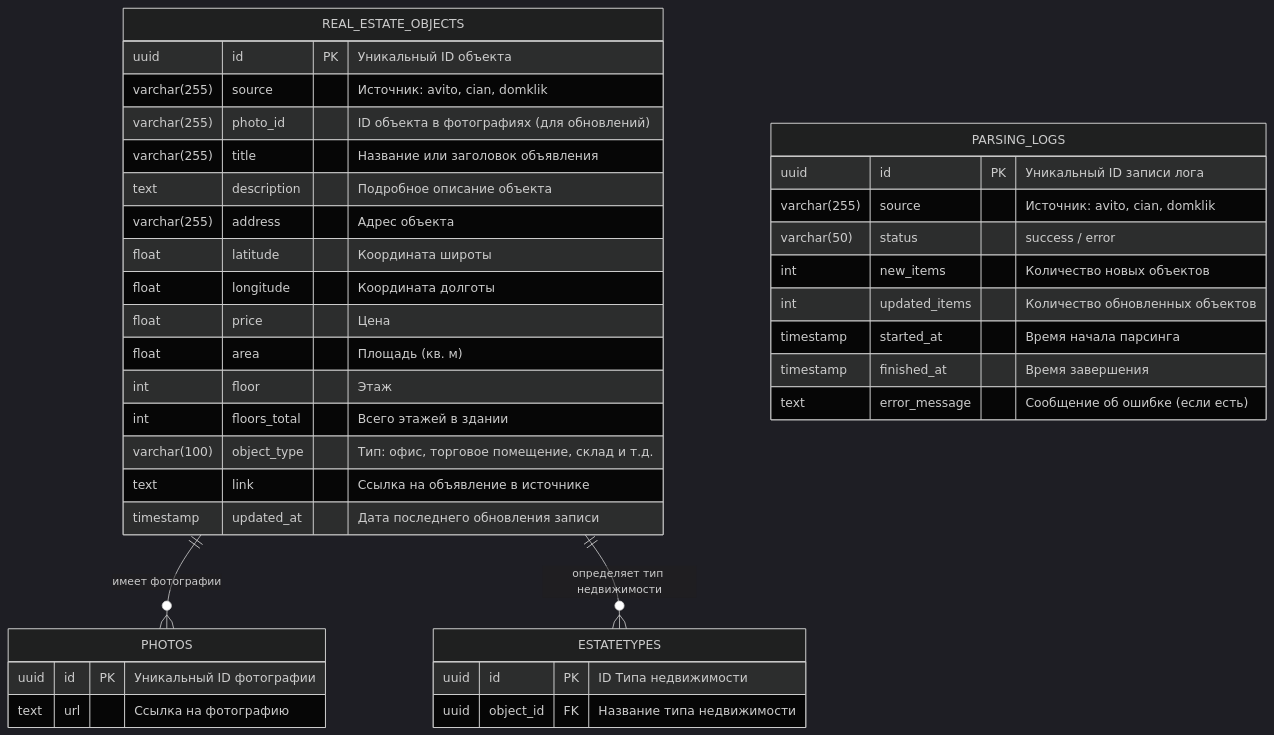
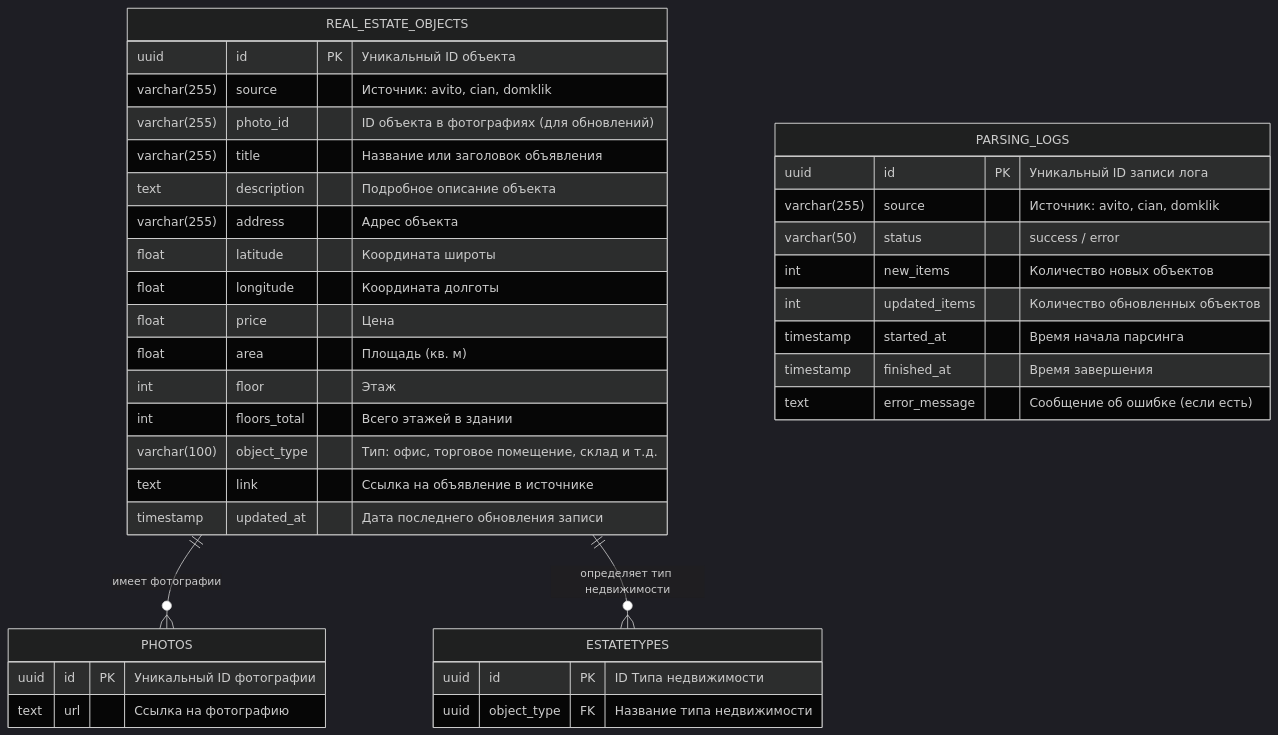
One commit to BruhWhyMeHaveNoIdea/hackathon changed the diagram in docs/database.md. Above: the diagram before and after it, drawn with Mermaid (dark theme).

````diff
--- a/docs/database.md
+++ b/docs/database.md
@@ -1,45 +1,45 @@
 ```mermaid
 erDiagram
 
     REAL_ESTATE_OBJECTS ||--o{ PHOTOS : "имеет фотографии"
     REAL_ESTATE_OBJECTS ||--o{ ESTATETYPES : "определяет тип недвижимости"
 
     REAL_ESTATE_OBJECTS {
         uuid id PK "Уникальный ID объекта"
         varchar(255) source "Источник: avito, cian, domklik"
         varchar(255) photo_id "ID объекта в фотографиях (для обновлений)"
         varchar(255) title "Название или заголовок объявления"
         text description "Подробное описание объекта"
         varchar(255) address "Адрес объекта"
         float latitude "Координата широты"
         float longitude "Координата долготы"
         float price "Цена"
         float area "Площадь (кв. м)"
         int floor "Этаж"
         int floors_total "Всего этажей в здании"
         varchar(100) object_type "Тип: офис, торговое помещение, склад и т.д."
         text link "Ссылка на объявление в источнике"
         timestamp updated_at "Дата последнего обновления записи"
     }
 
     PHOTOS {
         uuid id PK "Уникальный ID фотографии"
         text url "Ссылка на фотографию"
     }
 
     ESTATETYPES {
         uuid id PK "ID Типа недвижимости"
-        uuid object_id FK "Название типа недвижимости"
+        uuid object_type FK "Название типа недвижимости"
     }
 
     PARSING_LOGS {
         uuid id PK "Уникальный ID записи лога"
         varchar(255) source "Источник: avito, cian, domklik"
         varchar(50) status "success / error"
         int new_items "Количество новых объектов"
         int updated_items "Количество обновленных объектов"
         timestamp started_at "Время начала парсинга"
         timestamp finished_at "Время завершения"
         text error_message "Сообщение об ошибке (если есть)"
     }
 ```
````
